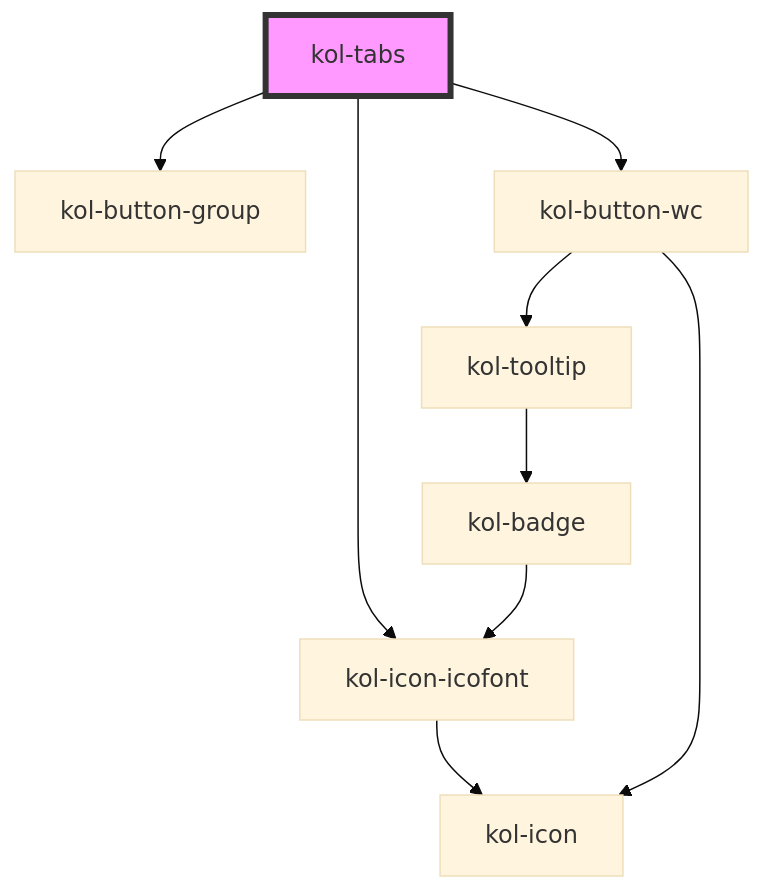
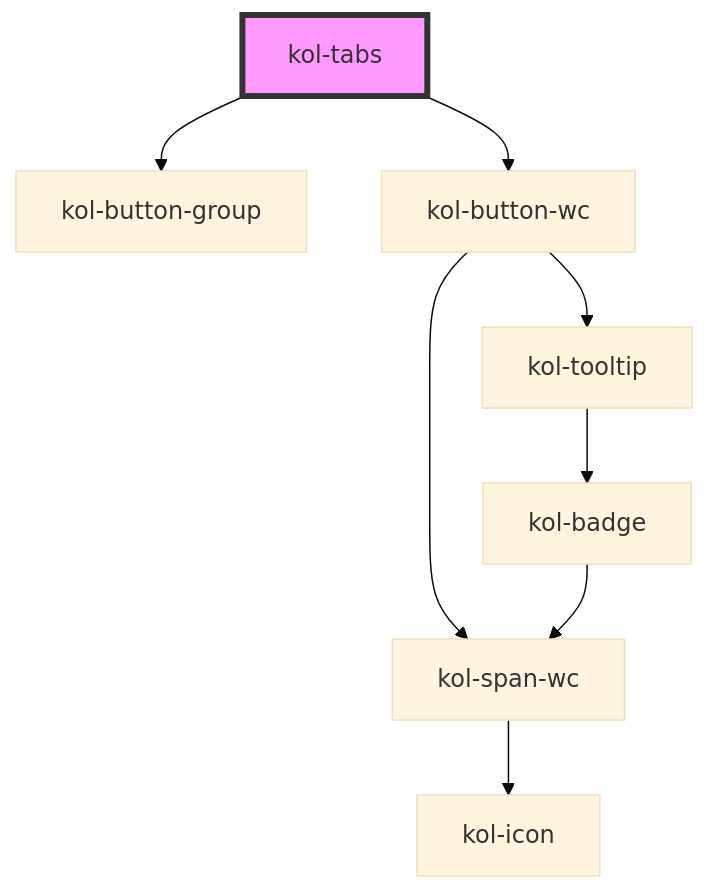
The diagram in packages/library/src/components/tabs/readme.md (public-ui/kolibri), drawn with Mermaid (base theme) before and after one commit. The commit also changed other lines of this file and 34 other files, not shown here.

````diff
--- a/packages/library/src/components/tabs/readme.md
+++ b/packages/library/src/components/tabs/readme.md
@@ -133,12 +132,11 @@
 ```mermaid
 graph TD;
   kol-tabs --> kol-button-group
-  kol-tabs --> kol-icon-icofont
   kol-tabs --> kol-button-wc
-  kol-icon-icofont --> kol-icon
-  kol-button-wc --> kol-icon
+  kol-button-wc --> kol-span-wc
   kol-button-wc --> kol-tooltip
+  kol-span-wc --> kol-icon
   kol-tooltip --> kol-badge
-  kol-badge --> kol-icon-icofont
+  kol-badge --> kol-span-wc
   style kol-tabs fill:#f9f,stroke:#333,stroke-width:4px
 ```
````
